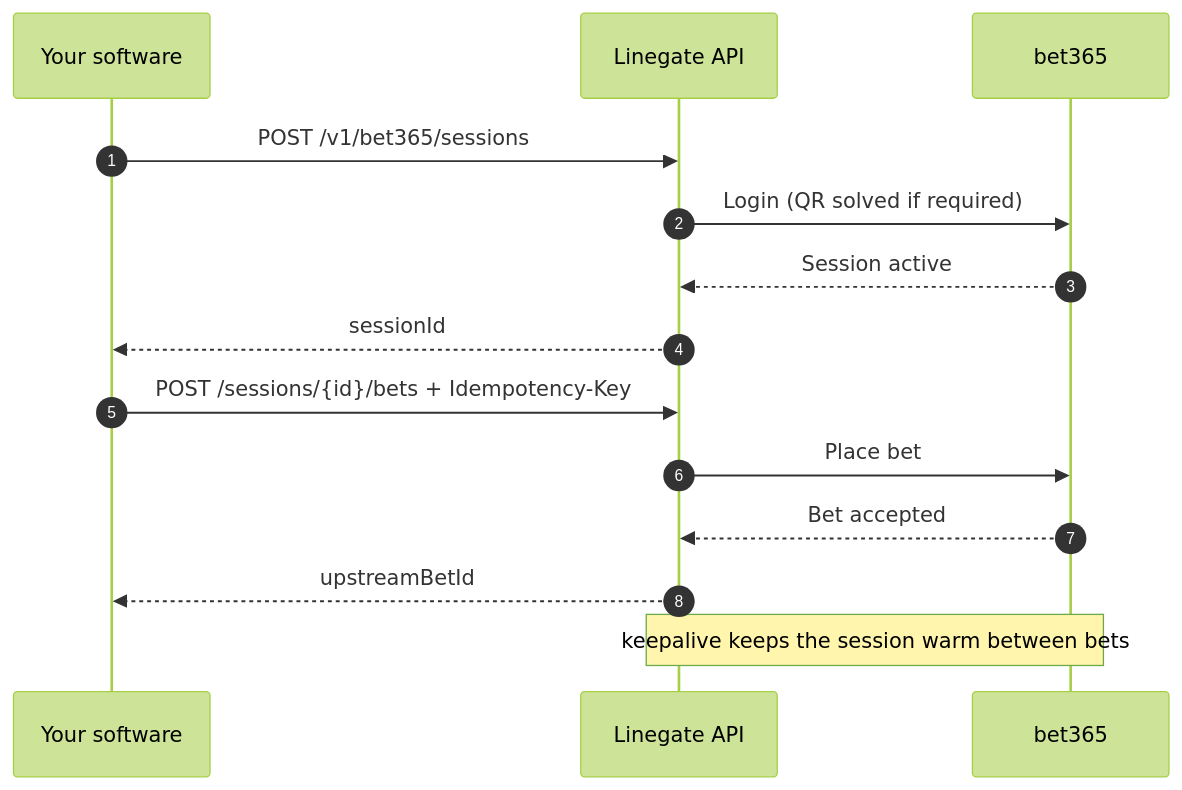
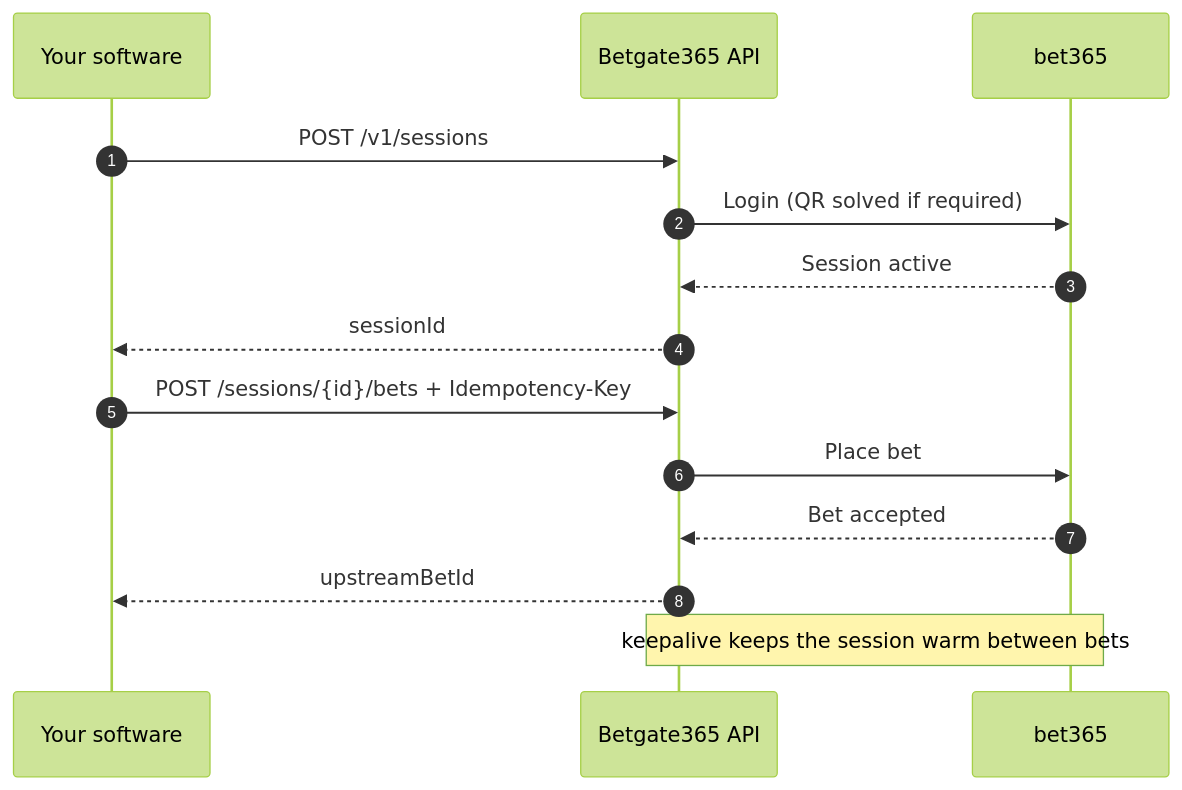
One commit to cr4all/bet365-placebet-api changed the diagram in README.md. Above: the diagram before and after it, drawn with Mermaid (forest theme). The commit also changed other lines of this file, not shown here.

````diff
--- a/README.md
+++ b/README.md
@@ -187,17 +187,17 @@
 ```mermaid
 sequenceDiagram
     autonumber
     participant BOT as Your software
-    participant LG as Linegate API
+    participant BG as Betgate365 API
     participant B365 as bet365
 
-    BOT->>LG: POST /v1/bet365/sessions
-    LG->>B365: Login (QR solved if required)
-    B365-->>LG: Session active
-    LG-->>BOT: sessionId
-    BOT->>LG: POST /sessions/{id}/bets + Idempotency-Key
-    LG->>B365: Place bet
-    B365-->>LG: Bet accepted
-    LG-->>BOT: upstreamBetId
-    Note over LG,B365: keepalive keeps the session warm between bets
+    BOT->>BG: POST /v1/sessions
+    BG->>B365: Login (QR solved if required)
+    B365-->>BG: Session active
+    BG-->>BOT: sessionId
+    BOT->>BG: POST /sessions/{id}/bets + Idempotency-Key
+    BG->>B365: Place bet
+    B365-->>BG: Bet accepted
+    BG-->>BOT: upstreamBetId
+    Note over BG,B365: keepalive keeps the session warm between bets
 ```
````
